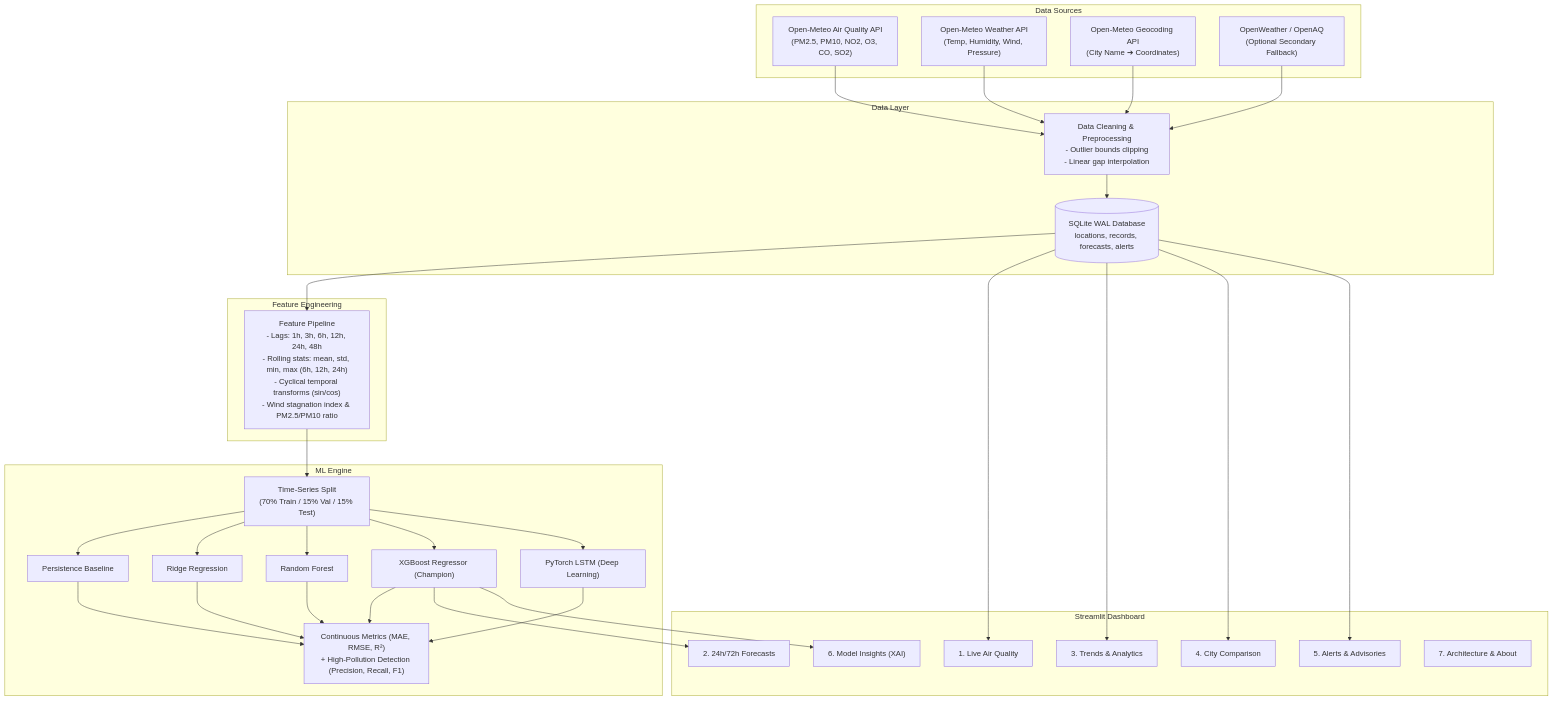
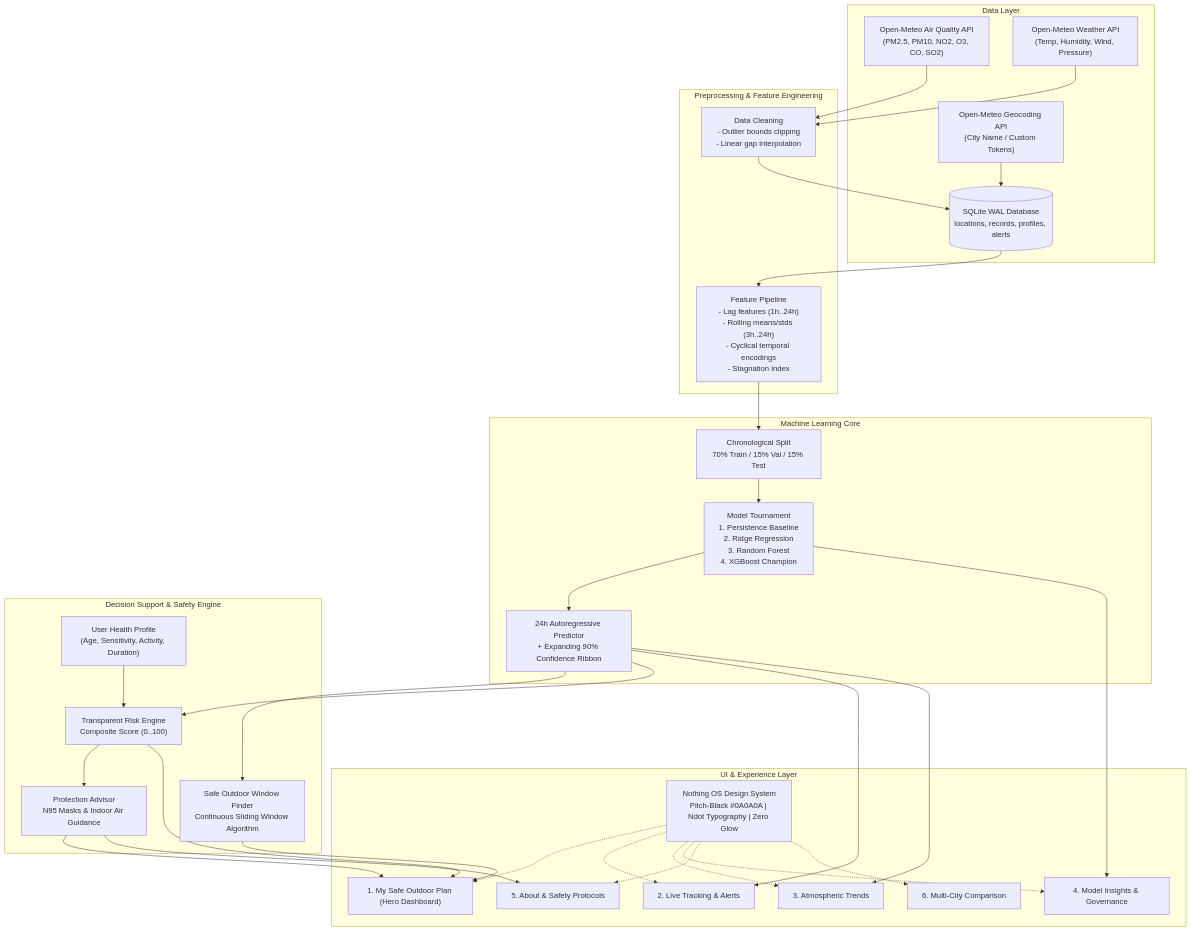
The diagram in airguard/README.md (akshatk1997/airfusion), drawn with Mermaid before and after one commit. The commit also changed other lines of this file and 23 other files, not shown here.

Commit message:
feat: complete Stages 3, 4, 5 — AirGuard My Safe Outdoor Plan full application suite

````diff
--- a/airguard/README.md
+++ b/airguard/README.md
@@ -38,43 +116,61 @@
 ```mermaid
 flowchart TD
-    subgraph Data Sources
+    subgraph Data Layer
         API1["Open-Meteo Air Quality API<br/>(PM2.5, PM10, NO2, O3, CO, SO2)"]
         API2["Open-Meteo Weather API<br/>(Temp, Humidity, Wind, Pressure)"]
-        API3["Open-Meteo Geocoding API<br/>(City Name ➔ Coordinates)"]
-        API4["OpenWeather / OpenAQ<br/>(Optional Secondary Fallback)"]
+        API3["Open-Meteo Geocoding API<br/>(City Name / Custom Tokens)"]
+        DB[(SQLite WAL Database<br/>locations, records, profiles, alerts)]
     end
 
-    subgraph Data Layer
-        DB[(SQLite WAL Database<br/>locations, records, forecasts, alerts)]
-        Clean["Data Cleaning & Preprocessing<br/>- Outlier bounds clipping<br/>- Linear gap interpolation"]
+    subgraph Preprocessing & Feature Engineering
+        Prep["Data Cleaning<br/>- Outlier bounds clipping<br/>- Linear gap interpolation"]
+        FE["Feature Pipeline<br/>- Lag features (1h..24h)<br/>- Rolling means/stds (3h..24h)<br/>- Cyclical temporal encodings<br/>- Stagnation index"]
     end
 
-    subgraph Feature Engineering
-        FE["Feature Pipeline<br/>- Lags: 1h, 3h, 6h, 12h, 24h, 48h<br/>- Rolling stats: mean, std, min, max (6h, 12h, 24h)<br/>- Cyclical temporal transforms (sin/cos)<br/>- Wind stagnation index & PM2.5/PM10 ratio"]
+    subgraph Machine Learning Core
+        Split["Chronological Split<br/>70% Train / 15% Val / 15% Test"]
+        Models["Model Tournament<br/>1. Persistence Baseline<br/>2. Ridge Regression<br/>3. Random Forest<br/>4. XGBoost Champion"]
+        Inference["24h Autoregressive Predictor<br/>+ Expanding 90% Confidence Ribbon"]
     end
 
-    subgraph ML Engine
-        Train["Time-Series Split<br/>(70% Train / 15% Val / 15% Test)"]
-        M1["Persistence Baseline"]
-        M2["Ridge Regression"]
-        M3["Random Forest"]
-        M4["XGBoost Regressor (Champion)"]
-        M5["PyTorch LSTM (Deep Learning)"]
-        Eval["Continuous Metrics (MAE, RMSE, R²)<br/>+ High-Pollution Detection (Precision, Recall, F1)"]
+    subgraph Decision Support & Safety Engine
+        Profile["User Health Profile<br/>(Age, Sensitivity, Activity, Duration)"]
+        RiskEngine["Transparent Risk Engine<br/>Composite Score (0..100)"]
+        WindowFinder["Safe Outdoor Window Finder<br/>Continuous Sliding Window Algorithm"]
+        Protection["Protection Advisor<br/>N95 Masks & Indoor Air Guidance"]
     end
 
-    subgraph Streamlit Dashboard
-        UI1["1. Live Air Quality"]
-        UI2["2. 24h/72h Forecasts"]
-        UI3["3. Trends & Analytics"]
-        UI4["4. City Comparison"]
-        UI5["5. Alerts & Advisories"]
-        UI6["6. Model Insights (XAI)"]
-        UI7["7. Architecture & About"]
+    subgraph UI & Experience Layer
+        Theme["Nothing OS Design System<br/>Pitch-Black #0A0A0A | Ndot Typography | Zero Glow"]
+        P1["1. My Safe Outdoor Plan (Hero Dashboard)"]
+        P2["2. Live Tracking & Alerts"]
+        P3["3. Atmospheric Trends"]
+        P4["4. Model Insights & Governance"]
+        P5["5. About & Safety Protocols"]
+        P6["6. Multi-City Comparison"]
     end
 
-    API1 & API2 & API3 & API4 --> Clean --> DB
-    DB --> FE --> Train --> M1 & M2 & M3 & M4 & M5 --> Eval
-    M4 --> UI2 & UI6
-    DB --> UI1 & UI3 & UI4 & UI5
+    API1 --> Prep
+    API2 --> Prep
+    API3 --> DB
+    Prep --> DB
+    DB --> FE
+    FE --> Split --> Models --> Inference
+    Inference --> WindowFinder
+    Profile --> RiskEngine
+    Inference --> RiskEngine
+    RiskEngine --> Protection
+    WindowFinder --> P1
+    RiskEngine --> P1
+    Protection --> P1
+    Inference --> P2
+    Inference --> P3
+    Models --> P4
+    Protection --> P5
+    Theme -.-> P1
+    Theme -.-> P2
+    Theme -.-> P3
+    Theme -.-> P4
+    Theme -.-> P5
+    Theme -.-> P6
 ```
````
